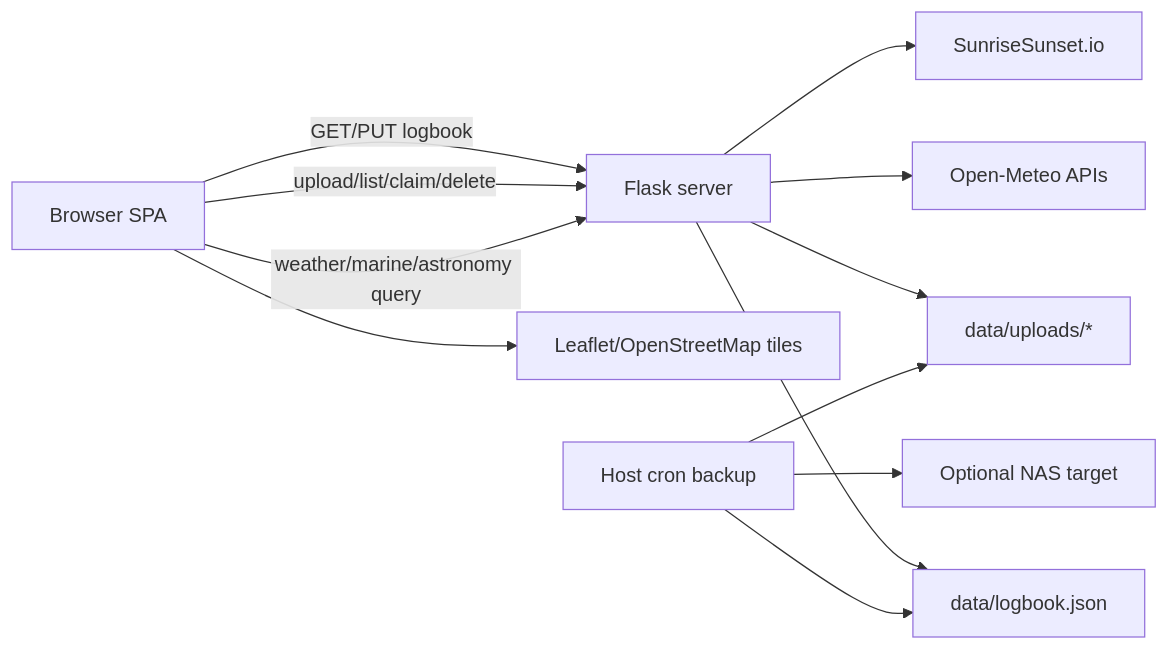
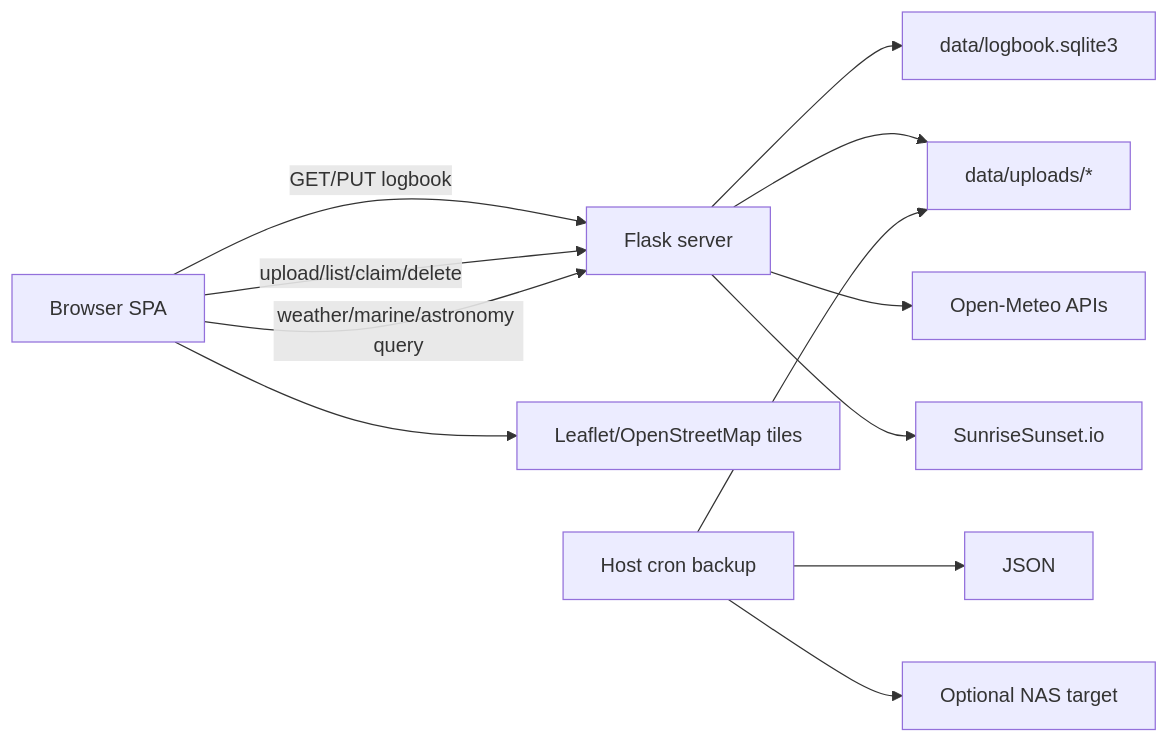
One commit to cacher300/Selfhostable-Fishing-Logbook changed the diagram in docs/ARCHITECTURE.md. Above: the diagram before and after it, drawn with Mermaid. The commit also changed other lines of this file and 12 other files, not shown here.

Commit message:
Migrate logbook storage to SQLite

````diff
--- a/docs/ARCHITECTURE.md
+++ b/docs/ARCHITECTURE.md
@@ -7,14 +7,14 @@
 ```mermaid
 flowchart LR
   Browser["Browser SPA"] -->|"GET/PUT logbook"| Flask["Flask server"]
   Browser -->|"upload/list/claim/delete"| Flask
   Browser -->|"weather/marine/astronomy query"| Flask
-  Flask --> JSON["data/logbook.json"]
+  Flask --> SQLite["data/logbook.sqlite3"]
   Flask --> Media["data/uploads/*"]
   Flask --> OM["Open-Meteo APIs"]
   Flask --> SS["SunriseSunset.io"]
   Browser --> Tiles["Leaflet/OpenStreetMap tiles"]
   Backup["Host cron backup"] --> JSON
   Backup --> Media
   Backup --> NAS["Optional NAS target"]
 ```
````
